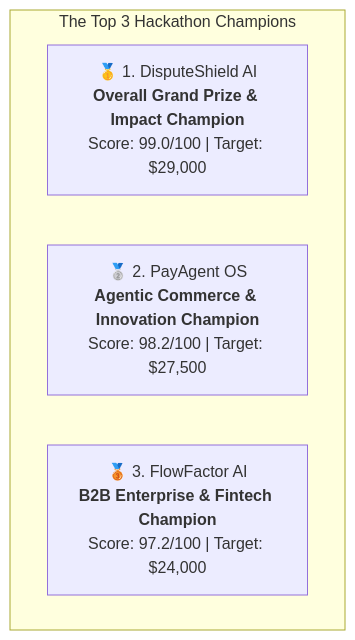
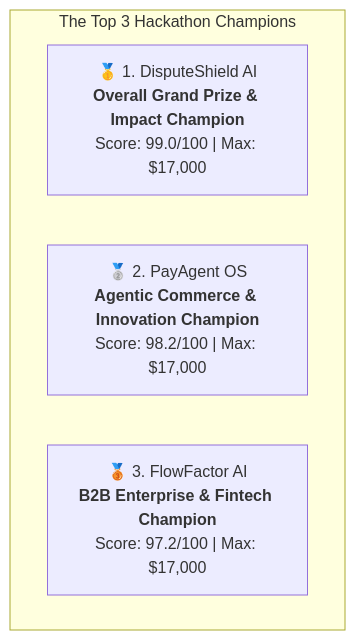
The sixth of 6 diagrams in research/hackathon_ideation_matrix.md (mohitmishra786/writ), drawn with Mermaid before and after one commit. The commit also changed other lines of this file and 2 other files, not shown here.

First line of the commit message:
docs: add Mandate architecture blueprint, repo ADR, and fix prize math

````diff
--- a/research/hackathon_ideation_matrix.md
+++ b/research/hackathon_ideation_matrix.md
@@ -443,8 +458,8 @@
 ```mermaid
 graph TD
     subgraph Podium ["The Top 3 Hackathon Champions"]
-        Rank1["🥇 1. DisputeShield AI<br/><b>Overall Grand Prize & Impact Champion</b><br/>Score: 99.0/100 | Target: $29,000"]
-        Rank2["🥈 2. PayAgent OS<br/><b>Agentic Commerce & Innovation Champion</b><br/>Score: 98.2/100 | Target: $27,500"]
-        Rank3["🥉 3. FlowFactor AI<br/><b>B2B Enterprise & Fintech Champion</b><br/>Score: 97.2/100 | Target: $24,000"]
+        Rank1["🥇 1. DisputeShield AI<br/><b>Overall Grand Prize & Impact Champion</b><br/>Score: 99.0/100 | Max: $17,000"]
+        Rank2["🥈 2. PayAgent OS<br/><b>Agentic Commerce & Innovation Champion</b><br/>Score: 98.2/100 | Max: $17,000"]
+        Rank3["🥉 3. FlowFactor AI<br/><b>B2B Enterprise & Fintech Champion</b><br/>Score: 97.2/100 | Max: $17,000"]
     end
 ```
````
